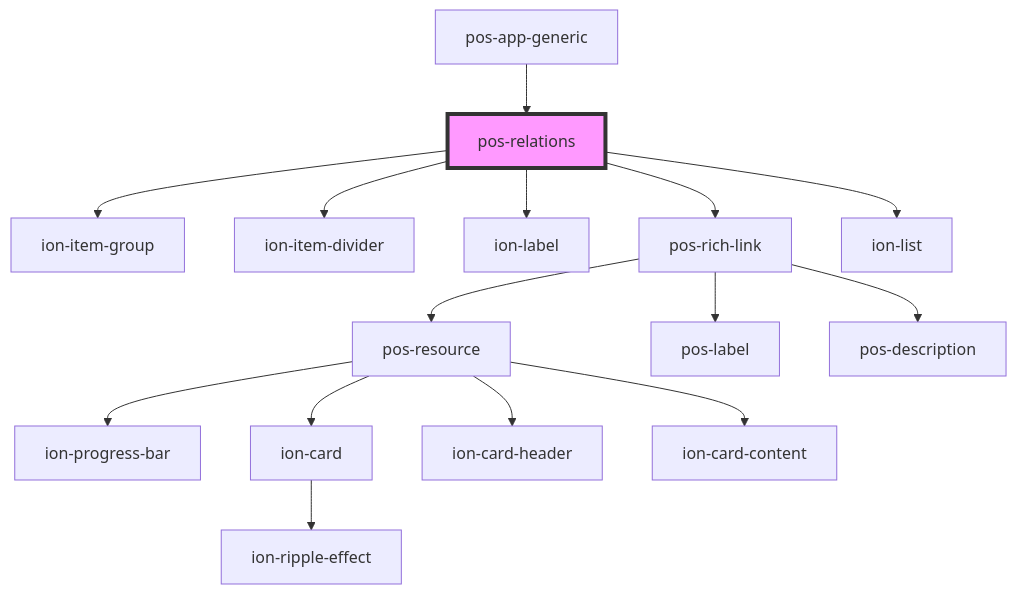
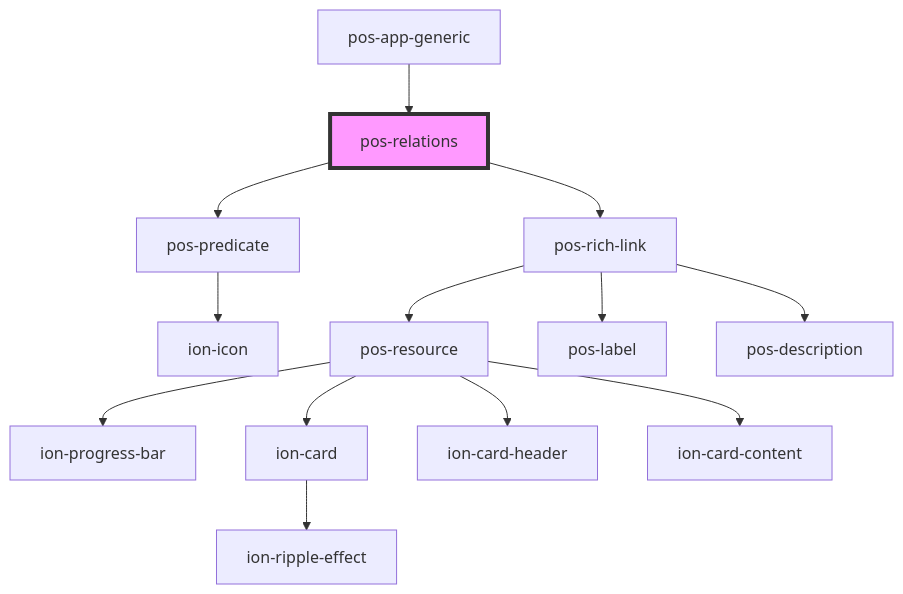
One commit to pod-os/PodOS changed the diagram in docs/elements/components/pos-relations/readme.md. Above: the diagram before and after it, drawn with Mermaid. The commit also changed other lines of this file and 9 other files, not shown here.

````diff
--- a/docs/elements/components/pos-relations/readme.md
+++ b/docs/elements/components/pos-relations/readme.md
@@ -30,18 +27,16 @@
 ```mermaid
 graph TD;
-  pos-relations --> ion-item-group
-  pos-relations --> ion-item-divider
-  pos-relations --> ion-label
+  pos-relations --> pos-predicate
   pos-relations --> pos-rich-link
-  pos-relations --> ion-list
+  pos-predicate --> ion-icon
   pos-rich-link --> pos-resource
   pos-rich-link --> pos-label
   pos-rich-link --> pos-description
   pos-resource --> ion-progress-bar
   pos-resource --> ion-card
   pos-resource --> ion-card-header
   pos-resource --> ion-card-content
   ion-card --> ion-ripple-effect
   pos-app-generic --> pos-relations
   style pos-relations fill:#f9f,stroke:#333,stroke-width:4px
 ```
````
